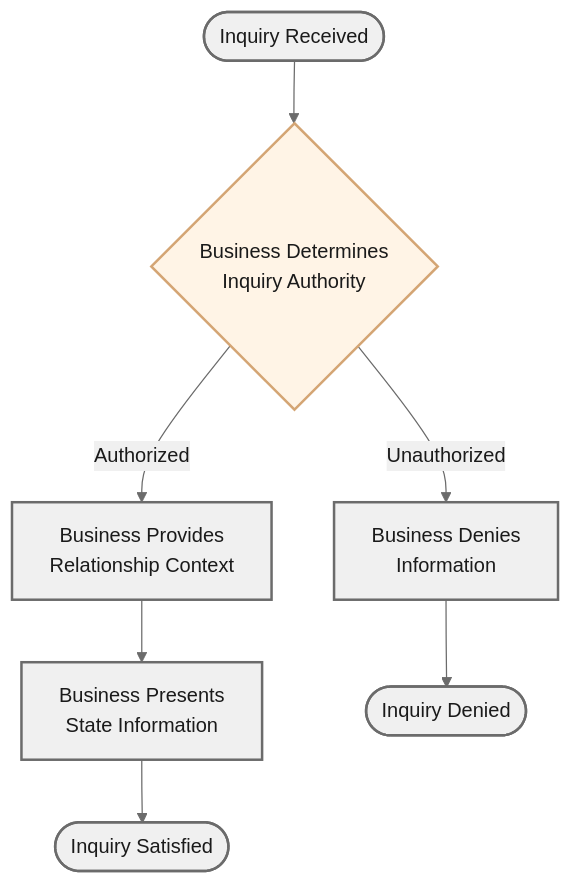
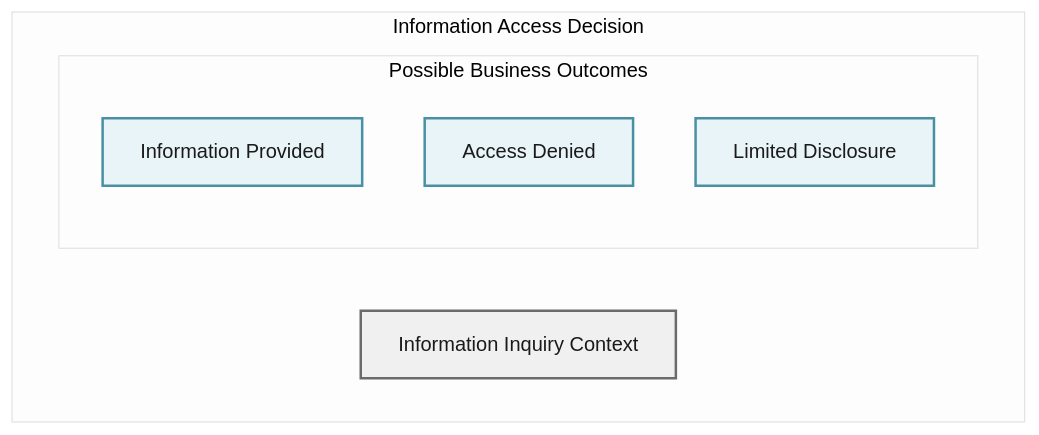
Before and after one commit to Evilazaro/Azure-LogicApps-Monitoring: the sixth of 8 diagrams in docs/architecture/01-business-architecture.md, drawn with Mermaid. The commit also changed other lines of this file, not shown here.

Commit message:
Refactor Business Architecture document: update business processes to decision models, clarify decision contexts, and enhance outcome definitions

````diff
--- a/docs/architecture/01-business-architecture.md
+++ b/docs/architecture/01-business-architecture.md
@@ -368,16 +401,19 @@
 ```mermaid
 %%{init: {'theme':'base', 'themeVariables': {'primaryColor':'#f0f0f0','primaryTextColor':'#1a1a1a','primaryBorderColor':'#6b6b6b','lineColor':'#6b6b6b'}}}%%
-flowchart TB
-    Start([Inquiry Received]) --> Validate{Business Determines<br/>Inquiry Authority}
-    Validate -->|Authorized| Retrieve[Business Provides<br/>Relationship Context]
-    Validate -->|Unauthorized| Deny[Business Denies<br/>Information]
-    Retrieve --> Present[Business Presents<br/>State Information]
-    Present --> End([Inquiry Satisfied])
-    Deny --> End2([Inquiry Denied])
-
-    classDef process fill:#f0f0f0,stroke:#6b6b6b,stroke-width:2px,color:#1a1a1a
-    classDef decision fill:#fff4e6,stroke:#d4a574,stroke-width:2px,color:#1a1a1a
-
-    class Start,Retrieve,Present,End,Deny,End2 process
-    class Validate decision
+graph TB
+    subgraph Decision["Information Access Decision"]
+        Inquiry[Information Inquiry Context]
+        
+        subgraph Outcomes["Possible Business Outcomes"]
+            Grant[Information Provided]
+            Deny[Access Denied]
+            Partial[Limited Disclosure]
+        end
+    end
+    
+    classDef context fill:#f0f0f0,stroke:#6b6b6b,stroke-width:2px,color:#1a1a1a
+    classDef outcome fill:#e8f4f8,stroke:#4a90a4,stroke-width:2px,color:#1a1a1a
+    
+    class Inquiry context
+    class Grant,Deny,Partial outcome
 ```
````
